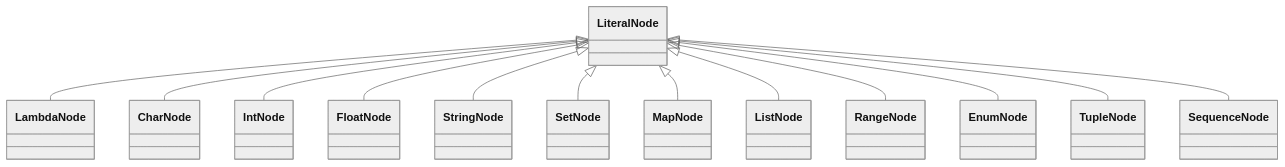
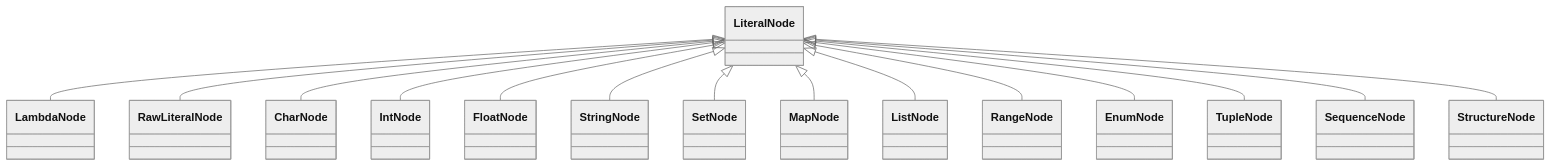
One commit to Jzhyang1/Monomer changed the third of 4 diagrams in Implementation.md. Above: the diagram before and after it, drawn with Mermaid (neutral theme). The commit also changed other lines of this file, not shown here.

Commit message:
Implementation.md updated from https://stackedit.io/

````diff
--- a/Implementation.md
+++ b/Implementation.md
@@ -132,15 +132,17 @@
 ```mermaid
 classDiagram
 LiteralNode <|-- LambdaNode
+LiteralNode <|-- RawLiteralNode
 LiteralNode <|-- CharNode
 LiteralNode <|-- IntNode
 LiteralNode <|-- FloatNode
 LiteralNode <|-- StringNode
 LiteralNode <|-- SetNode
 LiteralNode <|-- MapNode
 LiteralNode <|-- ListNode
 LiteralNode <|-- RangeNode
 LiteralNode <|-- EnumNode
 LiteralNode <|-- TupleNode
 LiteralNode <|-- SequenceNode
+LiteralNode <|-- StructureNode
 ```
````
